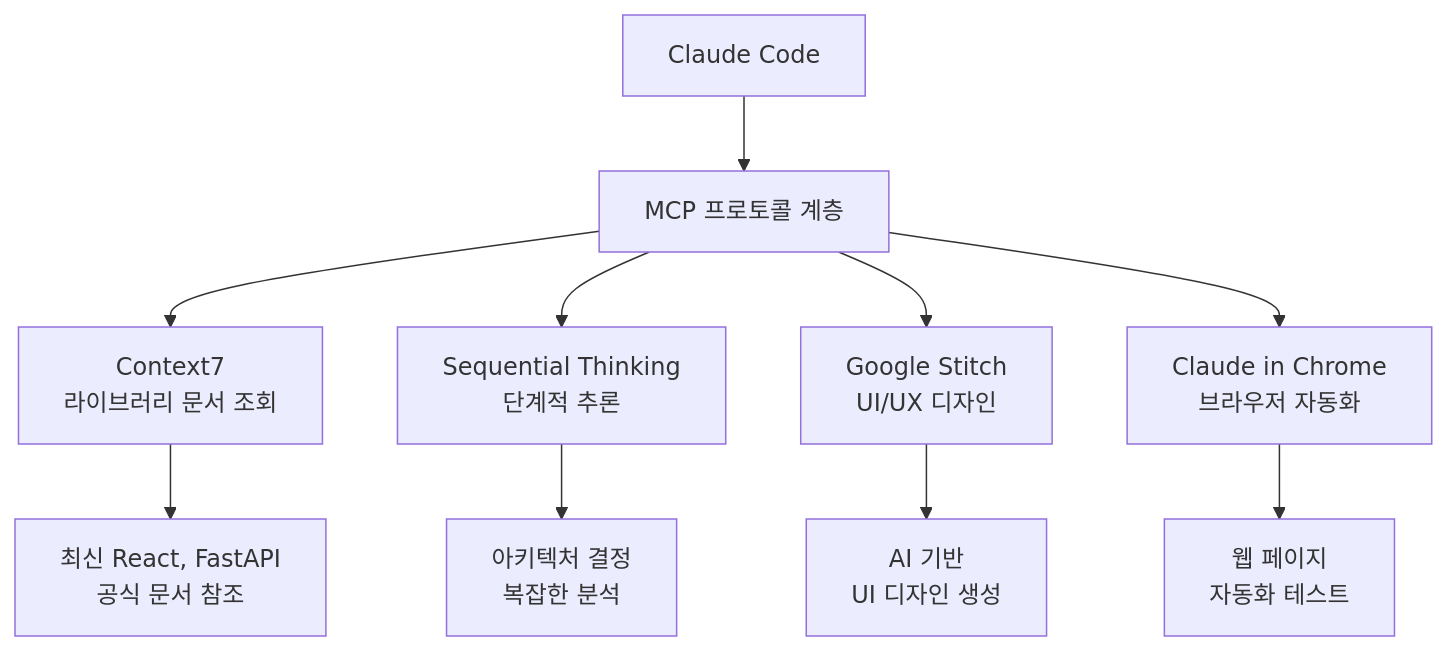
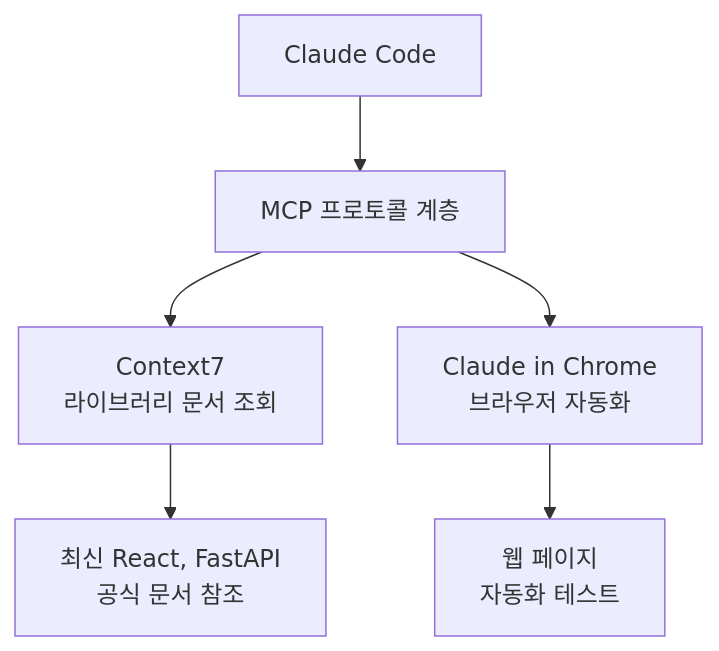
One commit to modu-ai/moai-adk changed the diagram in docs-site/content/ko/advanced/mcp-servers.md. Above: the diagram before and after it, drawn with Mermaid. The commit also changed other lines of this file and 153 other files, not shown here.

````diff
--- a/docs-site/content/ko/advanced/mcp-servers.md
+++ b/docs-site/content/ko/advanced/mcp-servers.md
@@ -19,14 +19,10 @@
 ```mermaid
 flowchart TD
     CC["Claude Code"] --> MCP_LAYER["MCP 프로토콜 계층"]
 
     MCP_LAYER --> C7["Context7<br>라이브러리 문서 조회"]
-    MCP_LAYER --> ST["Sequential Thinking<br>단계적 추론"]
-    MCP_LAYER --> STITCH["Google Stitch<br>UI/UX 디자인"]
     MCP_LAYER --> CHROME["Claude in Chrome<br>브라우저 자동화"]
 
     C7 --> C7_OUT["최신 React, FastAPI<br>공식 문서 참조"]
-    ST --> ST_OUT["아키텍처 결정<br>복잡한 분석"]
-    STITCH --> STITCH_OUT["AI 기반<br>UI 디자인 생성"]
     CHROME --> CHROME_OUT["웹 페이지<br>자동화 테스트"]
 ```
````
